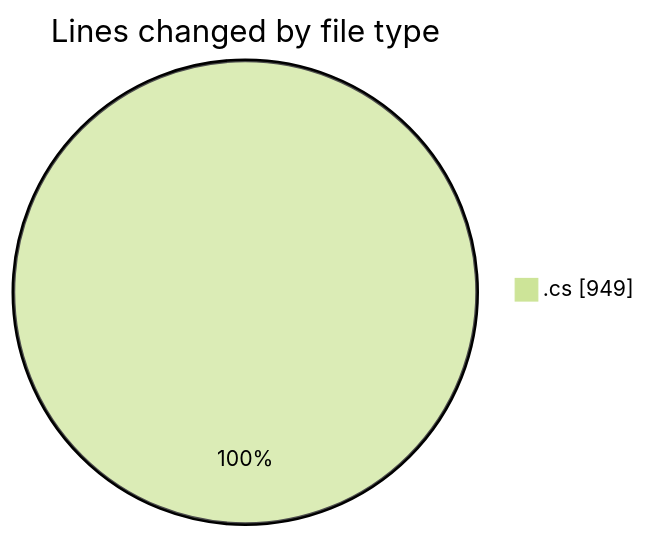
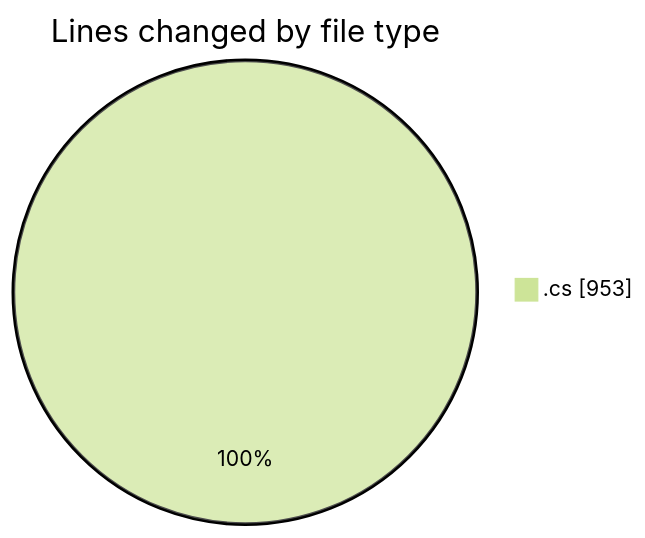
The first of 2 diagrams in 2025-03-21/back-end/README.md (Netris89/code-tracking), drawn with Mermaid (forest theme) before and after one commit. The commit also changed other lines of this file and 1 other file, not shown here.

````diff
--- a/2025-03-21/back-end/README.md
+++ b/2025-03-21/back-end/README.md
@@ -25,5 +25,5 @@
 ```mermaid
 pie showData
 title Lines changed by file type
-".cs" : 949
+".cs" : 953
 ```
````
